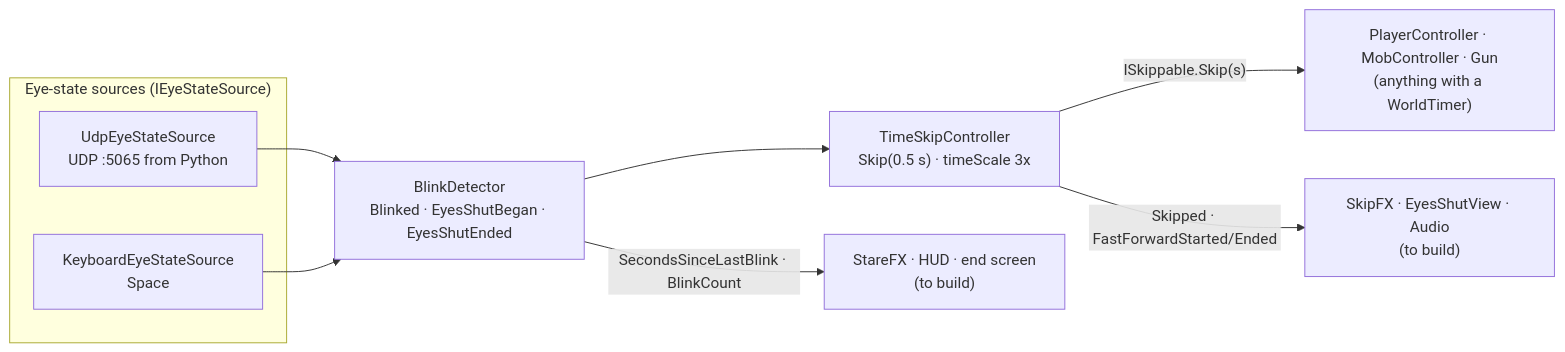
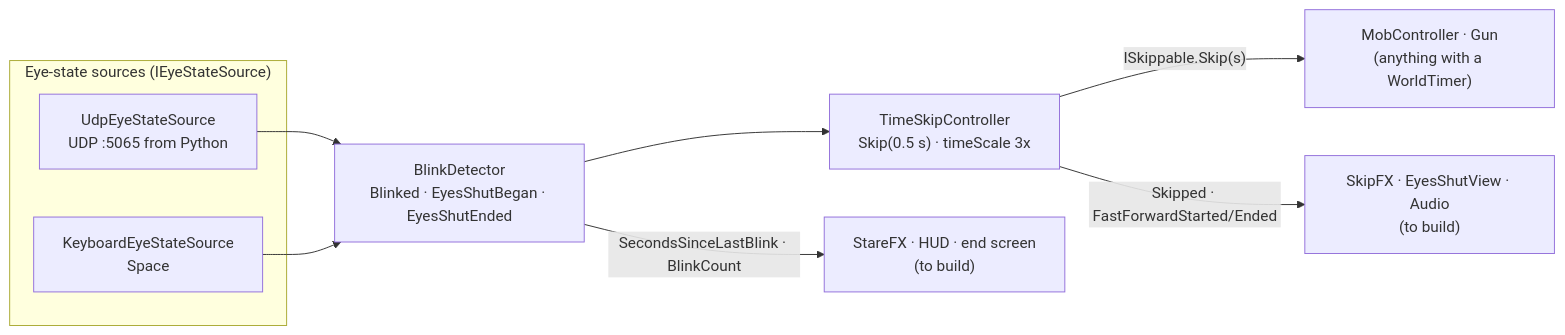
The diagram in docs/ARCHITECTURE.md (diyon-k/css-gamejam2026), drawn with Mermaid before and after one commit. The commit also changed other lines of this file and 5 other files, not shown here.

First line of the commit message:
fix(player): keep the player out of world time during skips

````diff
--- a/docs/ARCHITECTURE.md
+++ b/docs/ARCHITECTURE.md
@@ -28,13 +28,13 @@
 ```mermaid
 flowchart LR
     subgraph Sources["Eye-state sources (IEyeStateSource)"]
         UDP["UdpEyeStateSource<br/>UDP :5065 from Python"]
         KEY["KeyboardEyeStateSource<br/>Space"]
     end
     UDP --> BD
     KEY --> BD
     BD["BlinkDetector<br/>Blinked · EyesShutBegan · EyesShutEnded"] --> TS
-    TS["TimeSkipController<br/>Skip(0.5 s) · timeScale 3x"] -- "ISkippable.Skip(s)" --> W["PlayerController · MobController · Gun<br/>(anything with a WorldTimer)"]
+    TS["TimeSkipController<br/>Skip(0.5 s) · timeScale 3x"] -- "ISkippable.Skip(s)" --> W["MobController · Gun<br/>(anything with a WorldTimer)"]
     TS -- "Skipped · FastForwardStarted/Ended" --> FX["SkipFX · EyesShutView · Audio<br/>(to build)"]
     BD -- "SecondsSinceLastBlink · BlinkCount" --> UI["StareFX · HUD · end screen<br/>(to build)"]
 ```
````
